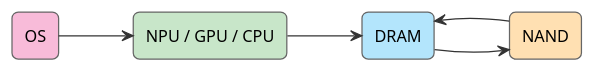
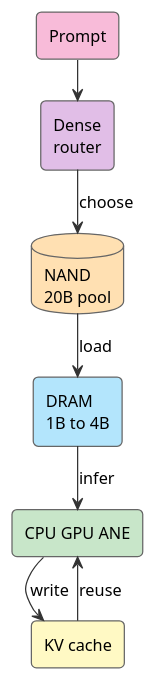
The diagram in source/_posts/ai-pc-local-inference.en.md (johnsonlee/blog), drawn with PlantUML before and after one commit. The commit also changed other lines of this file and 1 other file, not shown here.

````diff
--- a/source/_posts/ai-pc-local-inference.en.md
+++ b/source/_posts/ai-pc-local-inference.en.md
@@ -113,25 +129,34 @@
 ```plantuml
 @startuml
 !theme plain
-left to right direction
+top to bottom direction
 skinparam backgroundColor white
 skinparam defaultFontName Arial
 skinparam defaultFontSize 13
+skinparam nodesep 35
+skinparam ranksep 32
 skinparam ArrowColor #333333
 skinparam rectangle {
-    RoundCorner 10
+    RoundCorner 8
     BorderColor #666666
-    Padding 18
+    Padding 14
+}
+skinparam database {
+    BorderColor #666666
 }
 
-rectangle "OS" as os #F8BBD9
-rectangle "NPU / GPU / CPU" as exec #C8E6C9
-rectangle "DRAM" as dram #B3E5FC
-rectangle "NAND" as nand #FFE0B2
+rectangle "Prompt" as prompt #F8BBD9
+rectangle "Dense\nrouter" as router #E1BEE7
+database "NAND\n20B pool" as nand #FFE0B2
+rectangle "DRAM\n1B to 4B" as dram #B3E5FC
+rectangle "CPU GPU ANE" as compute #C8E6C9
+rectangle "KV cache" as kv #FFF9C4
 
-os --> exec
-exec --> dram
-dram --> nand
-nand --> dram
+prompt --> router
+router --> nand : choose
+nand --> dram : load
+dram --> compute : infer
+compute --> kv : write
+kv --> compute : reuse
 @enduml
 ```
````
